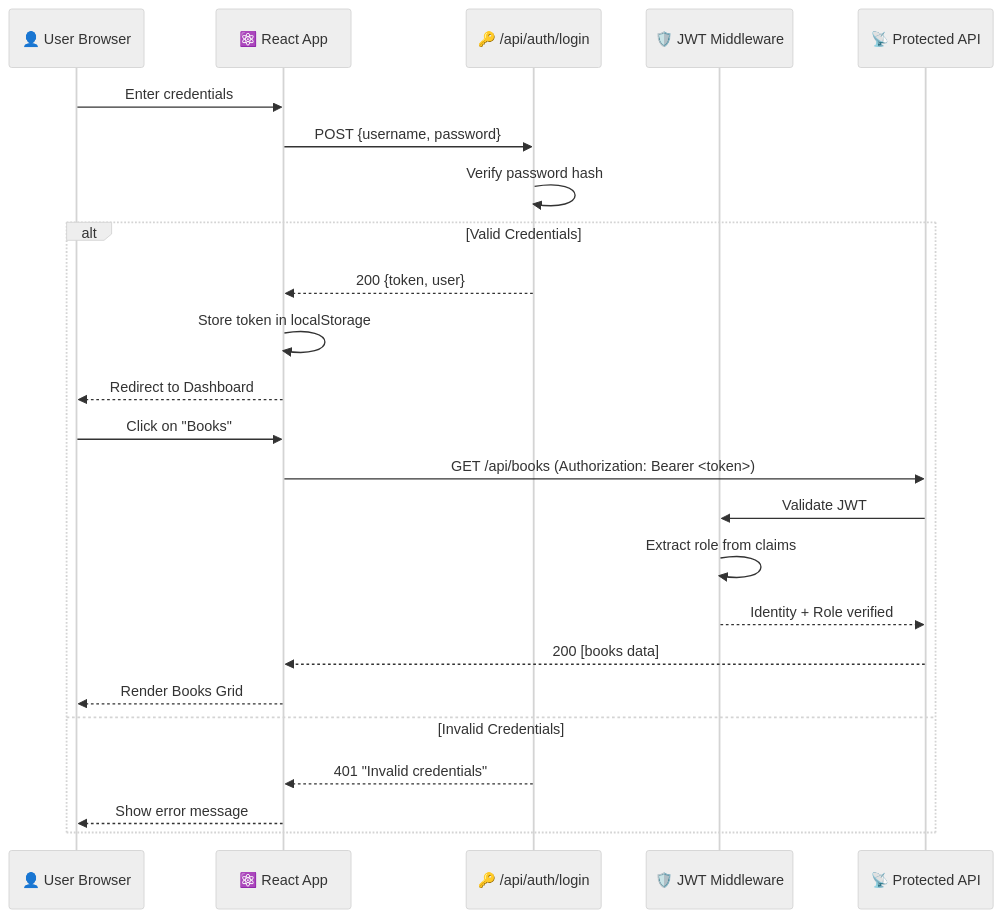
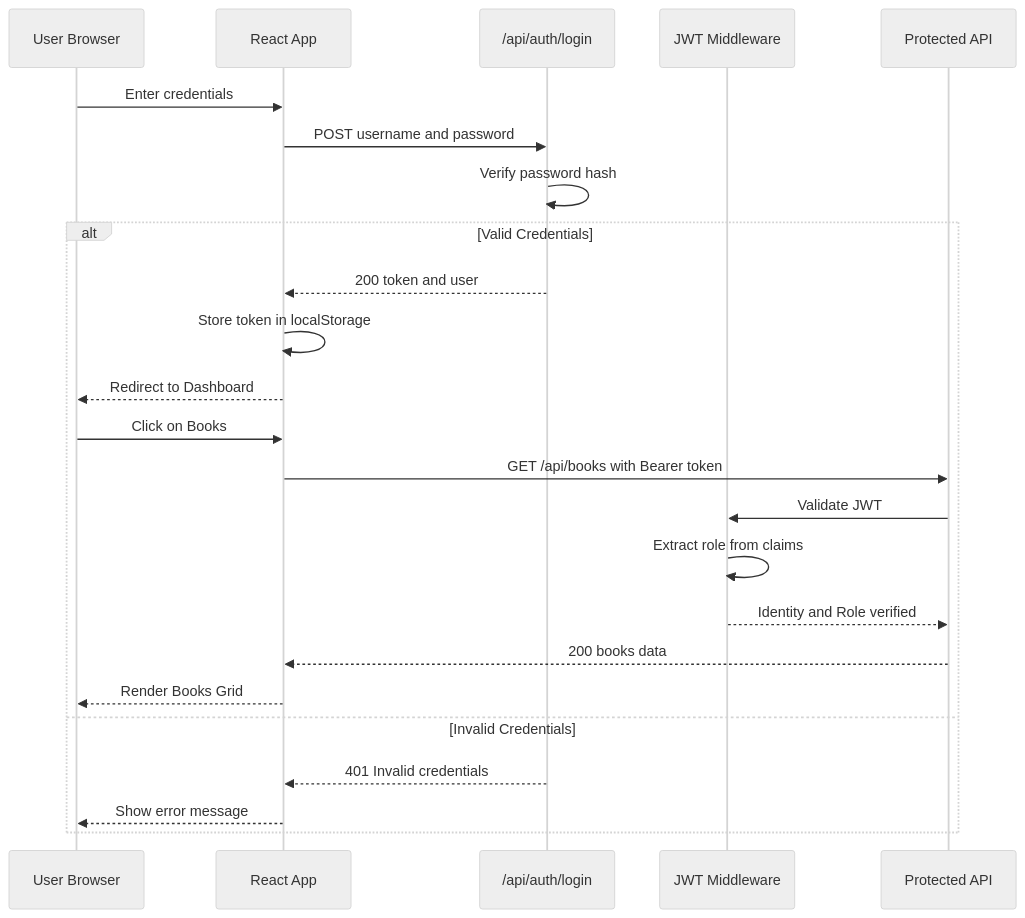
One commit to ahmed0913/library changed the third of 6 diagrams in README.md. Above: the diagram before and after it, drawn with Mermaid (neutral theme). The commit also changed other lines of this file and 5 other files, not shown here.

````diff
--- a/README.md
+++ b/README.md
@@ -196,27 +213,27 @@
 ```mermaid
 sequenceDiagram
-    participant U as 👤 User Browser
-    participant R as ⚛️ React App
-    participant A as 🔑 /api/auth/login
-    participant J as 🛡️ JWT Middleware
-    participant API as 📡 Protected API
+    participant U as User Browser
+    participant R as React App
+    participant A as /api/auth/login
+    participant J as JWT Middleware
+    participant API as Protected API
 
     U->>R: Enter credentials
-    R->>A: POST {username, password}
+    R->>A: POST username and password
     A->>A: Verify password hash
     alt Valid Credentials
-        A-->>R: 200 {token, user}
+        A-->>R: 200 token and user
         R->>R: Store token in localStorage
         R-->>U: Redirect to Dashboard
-        U->>R: Click on "Books"
-        R->>API: GET /api/books (Authorization: Bearer <token>)
+        U->>R: Click on Books
+        R->>API: GET /api/books with Bearer token
         API->>J: Validate JWT
         J->>J: Extract role from claims
-        J-->>API: Identity + Role verified
-        API-->>R: 200 [books data]
+        J-->>API: Identity and Role verified
+        API-->>R: 200 books data
         R-->>U: Render Books Grid
     else Invalid Credentials
-        A-->>R: 401 "Invalid credentials"
+        A-->>R: 401 Invalid credentials
         R-->>U: Show error message
     end
 ```
````
